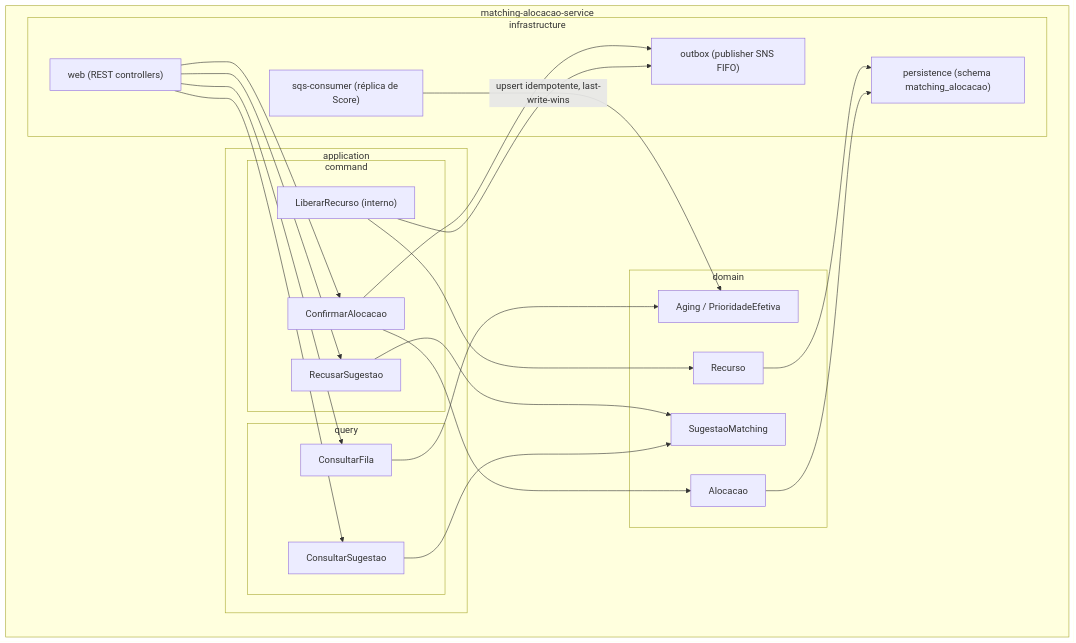
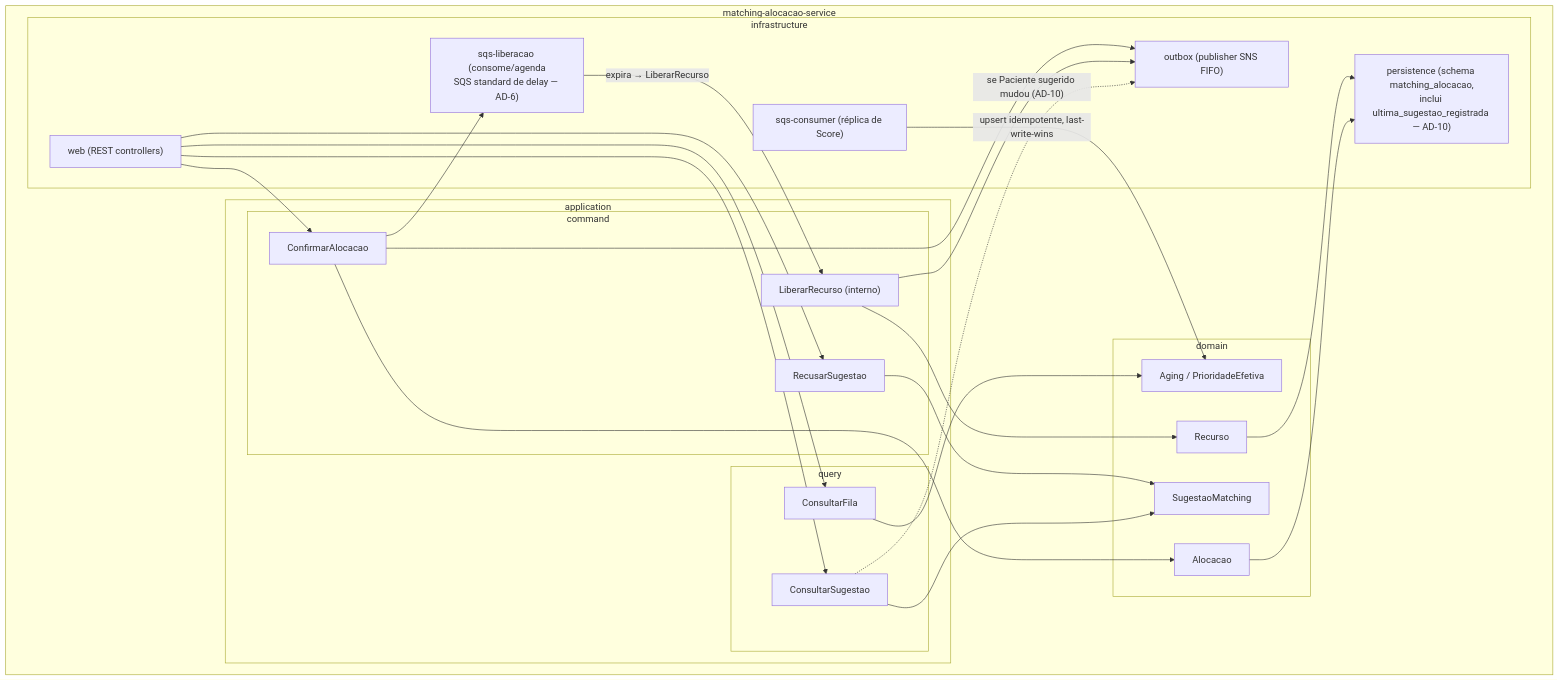
One commit to thiagohaf/adjt-fase5-fila-justa changed the third of 4 diagrams in _bmad-output/planning-artifacts/architecture/architecture-Fase5-2026-09-06/solution-design.md. Above: the diagram before and after it, drawn with Mermaid. The commit also changed other lines of this file and 3 other files, not shown here.

````diff
--- a/_bmad-output/planning-artifacts/architecture/architecture-Fase5-2026-09-06/solution-design.md
+++ b/_bmad-output/planning-artifacts/architecture/architecture-Fase5-2026-09-06/solution-design.md
@@ -73,43 +77,47 @@
 ```mermaid
 graph TB
   subgraph MA["matching-alocacao-service"]
     subgraph domain["domain"]
       D1["Recurso"]
       D2["SugestaoMatching"]
       D3["Alocacao"]
       D4["Aging / PrioridadeEfetiva"]
     end
     subgraph app["application"]
       subgraph cmd["command"]
         C1["ConfirmarAlocacao"]
         C2["RecusarSugestao"]
         C3["LiberarRecurso (interno)"]
       end
       subgraph qry["query"]
         Q1["ConsultarFila"]
         Q2["ConsultarSugestao"]
       end
     end
     subgraph infra["infrastructure"]
       I1["web (REST controllers)"]
-      I2["persistence (schema matching_alocacao)"]
+      I2["persistence (schema matching_alocacao,<br/>inclui ultima_sugestao_registrada — AD-10)"]
       I3["outbox (publisher SNS FIFO)"]
       I4["sqs-consumer (réplica de Score)"]
+      I5["sqs-liberacao (consome/agenda<br/>SQS standard de delay — AD-6)"]
     end
   end
 
   I1 --> C1
   I1 --> C2
   I1 --> Q1
   I1 --> Q2
   I4 -->|"upsert idempotente, last-write-wins"| D4
   C1 --> D3
   C1 --> I3
+  C1 --> I5
   C2 --> D2
   C3 --> D1
   C3 --> I3
+  I5 -->|"expira → LiberarRecurso"| C3
   Q1 --> D4
   Q2 --> D2
+  Q2 -.->|"se Paciente sugerido mudou (AD-10)"| I3
   D1 --> I2
   D3 --> I2
 ```
````
